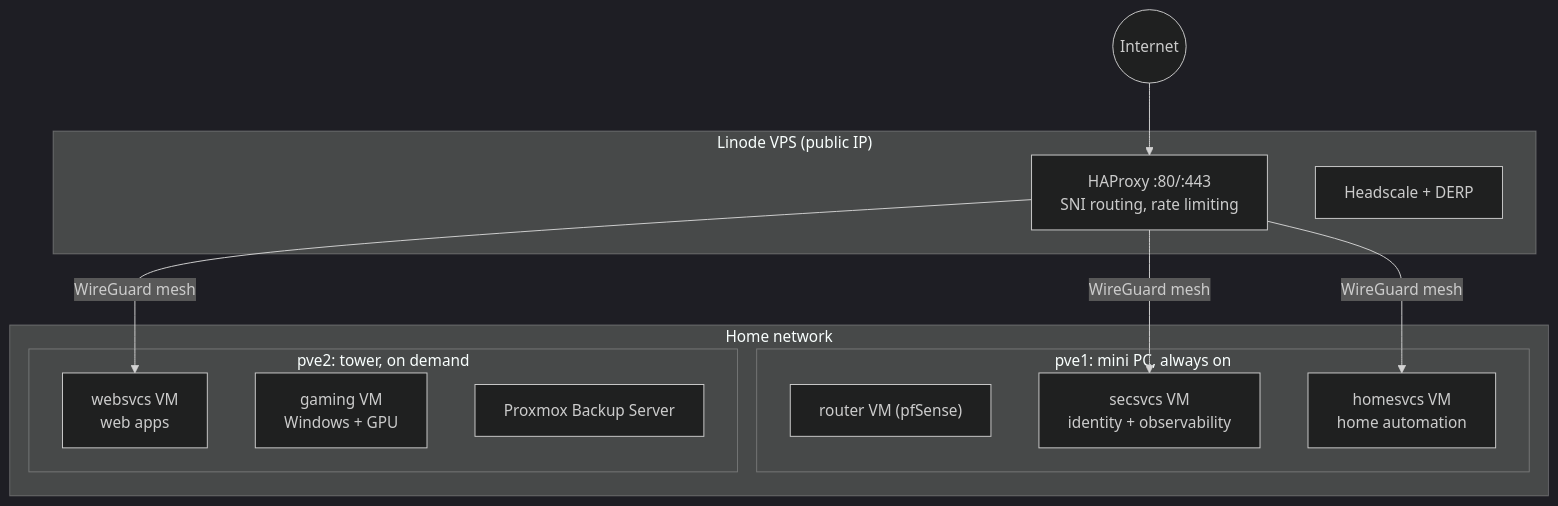
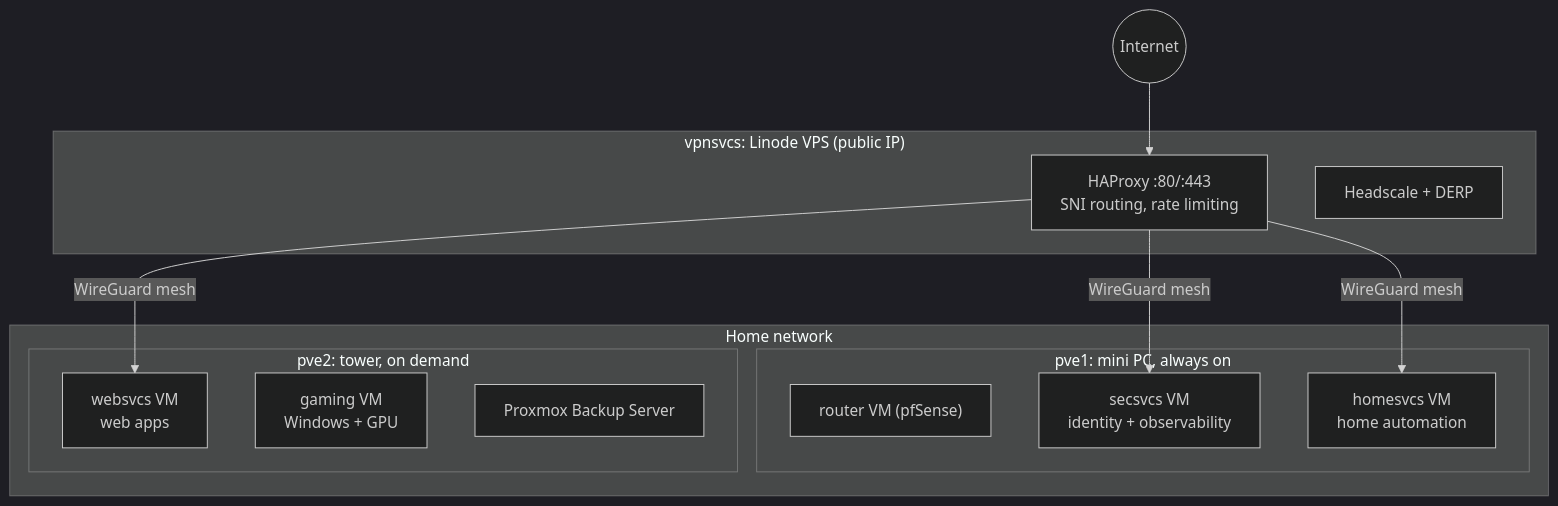
The diagram in src/www/docs/blog/posts/private-cloud-at-home.md (babraham123/homesite), drawn with Mermaid (dark theme) before and after one commit. The commit also changed other lines of this file and 17 other files, not shown here.

````diff
--- a/src/www/docs/blog/posts/private-cloud-at-home.md
+++ b/src/www/docs/blog/posts/private-cloud-at-home.md
@@ -45,24 +45,24 @@
 ```mermaid
 flowchart TB
     inet(("Internet"))
-    subgraph vps["Linode VPS (public IP)"]
+    subgraph vps["vpnsvcs: Linode VPS (public IP)"]
         haproxy["HAProxy :80/:443<br/>SNI routing, rate limiting"]
         headscale["Headscale + DERP"]
     end
     subgraph home["Home network"]
         subgraph pve1["pve1: mini PC, always on"]
             router["router VM (pfSense)"]
             secsvcs["secsvcs VM<br/>identity + observability"]
             homesvcs["homesvcs VM<br/>home automation"]
         end
         subgraph pve2["pve2: tower, on demand"]
             websvcs["websvcs VM<br/>web apps"]
             gaming["gaming VM<br/>Windows + GPU"]
             pbs["Proxmox Backup Server"]
         end
     end
     inet --> haproxy
     haproxy -- "WireGuard mesh" --> secsvcs
     haproxy -- "WireGuard mesh" --> homesvcs
     haproxy -- "WireGuard mesh" --> websvcs
 ```
````
